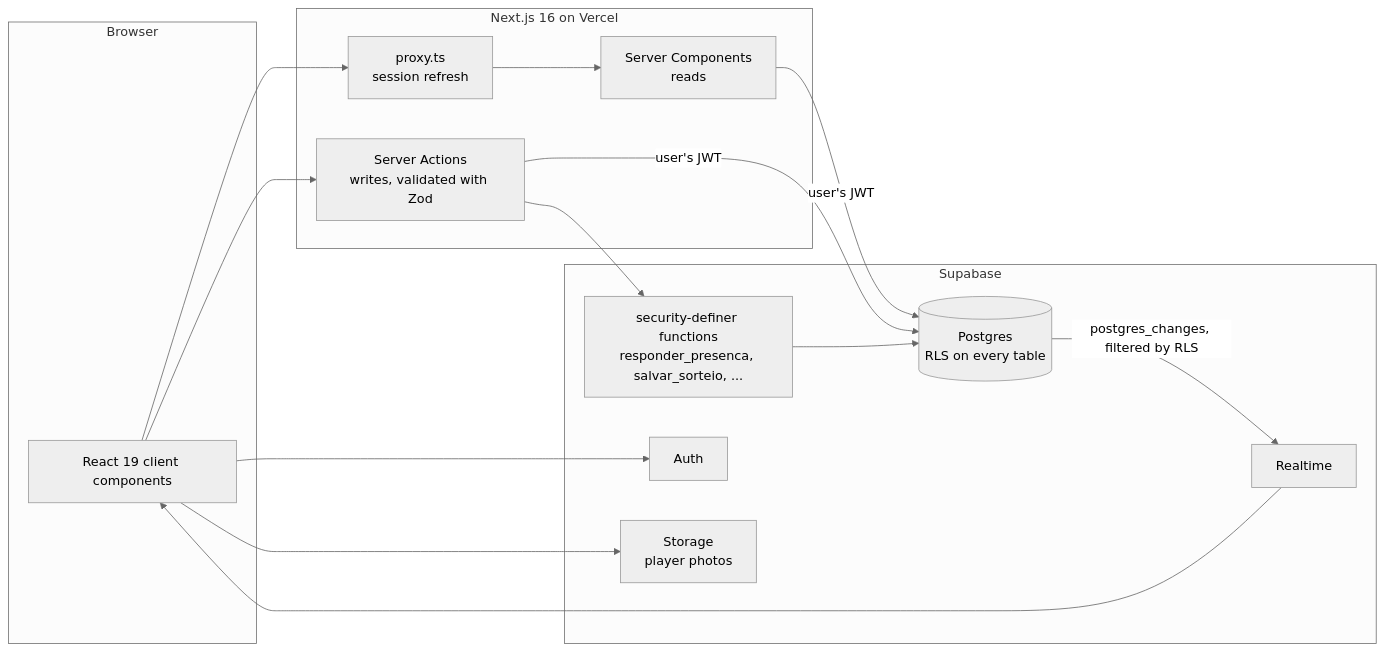
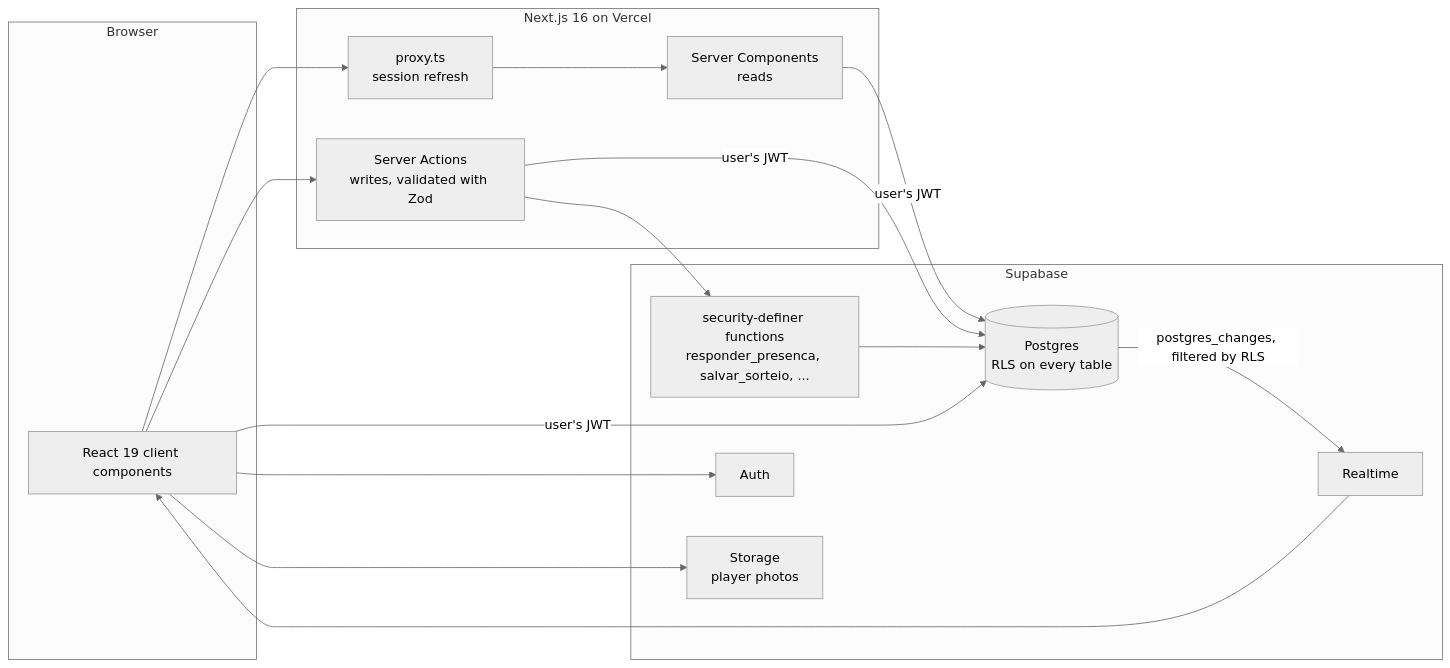
One commit to dev-nilo/nextjs-squadra changed the first of 2 diagrams in README.md. Above: the diagram before and after it, drawn with Mermaid (neutral theme). The commit also changed other lines of this file and 10 other files, not shown here.

````diff
--- a/README.md
+++ b/README.md
@@ -25,29 +25,30 @@
 ```mermaid
 flowchart LR
   subgraph Browser
     UI[React 19 client components]
   end
 
   subgraph Vercel["Next.js 16 on Vercel"]
     RSC[Server Components<br/>reads]
     SA[Server Actions<br/>writes, validated with Zod]
     PX[proxy.ts<br/>session refresh]
   end
 
   subgraph Supabase
     AUTH[Auth]
     PG[(Postgres<br/>RLS on every table)]
     RPC[security-definer functions<br/>responder_presenca, salvar_sorteio, ...]
     RT[Realtime]
     ST[Storage<br/>player photos]
   end
 
   UI --> PX --> RSC
   UI --> SA
   RSC -- "user's JWT" --> PG
   SA -- "user's JWT" --> PG
   SA --> RPC --> PG
+  UI -- "user's JWT" --> PG
   PG -- "postgres_changes, filtered by RLS" --> RT --> UI
   UI --> AUTH
   UI --> ST
 ```
````
